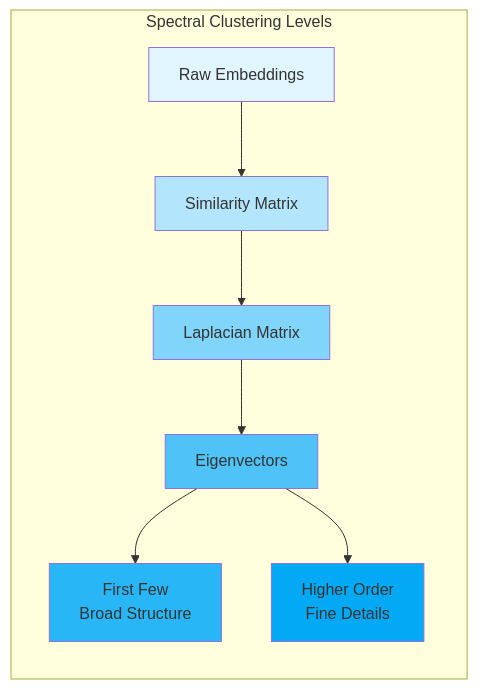
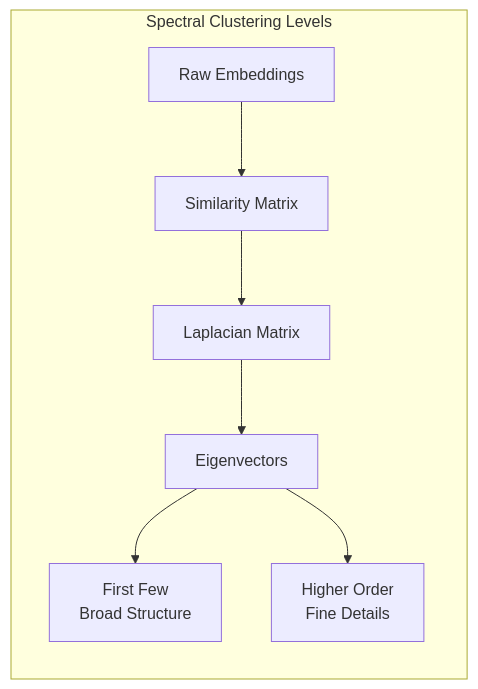
Before and after one commit to nyvyn/nyvyn.github.io: the third of 3 diagrams in _notes/2024-12-24-graph-embeddings.markdown, drawn with Mermaid. The commit also changed other lines of this file, not shown here.

Commit message:
`chore: remove unused Mermaid.js styling from graph-embeddings note`

````diff
--- a/_notes/2024-12-24-graph-embeddings.markdown
+++ b/_notes/2024-12-24-graph-embeddings.markdown
@@ -143,17 +138,10 @@
     ```mermaid
     graph LR
         subgraph "Spectral Clustering Levels"
             A[Raw Embeddings] --> B[Similarity Matrix]
             B --> C[Laplacian Matrix]
             C --> D[Eigenvectors]
             D --> E1[First Few <br> Broad Structure]
             D --> E2[Higher Order <br> Fine Details]
         end
-        
-        style A fill:#e1f5fe
-        style B fill:#b3e5fc
-        style C fill:#81d4fa
-        style D fill:#4fc3f7
-        style E1 fill:#29b6f6
-        style E2 fill:#03a9f4
     ```
````
